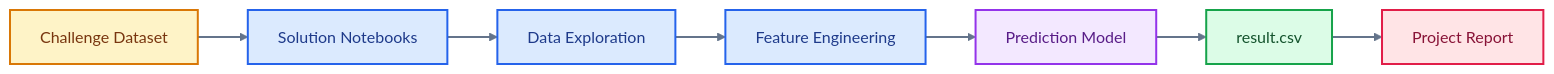
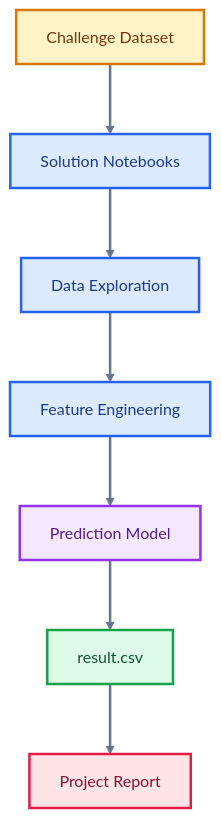
One commit to skx56/Innov8 changed the diagram in README.md. Above: the diagram before and after it, drawn with Mermaid.

Commit message:
Make README architecture diagram vertical

````diff
--- a/README.md
+++ b/README.md
@@ -30,21 +30,22 @@
 ```mermaid
-flowchart LR
+%%{init: {"flowchart": {"nodeSpacing": 55, "rankSpacing": 70, "curve": "basis"}, "themeVariables": {"fontSize": "16px", "fontFamily": "Inter, ui-sans-serif, system-ui, -apple-system, BlinkMacSystemFont, Segoe UI, sans-serif"}}}%%
+flowchart TD
   Data["Challenge Dataset"] --> Notebook["Solution Notebooks"]
   Notebook --> EDA["Data Exploration"]
   EDA --> Features["Feature Engineering"]
   Features --> Model["Prediction Model"]
   Model --> Results["result.csv"]
   Results --> Report["Project Report"]
 
-  classDef inputs fill:#FEF3C7,stroke:#D97706,color:#78350F,stroke-width:2px;
-  classDef process fill:#DBEAFE,stroke:#2563EB,color:#1E3A8A,stroke-width:2px;
-  classDef data fill:#DCFCE7,stroke:#16A34A,color:#14532D,stroke-width:2px;
-  classDef agent fill:#F3E8FF,stroke:#9333EA,color:#581C87,stroke-width:2px;
-  classDef output fill:#FFE4E6,stroke:#E11D48,color:#881337,stroke-width:2px;
+  classDef inputs fill:#FEF3C7,stroke:#D97706,color:#78350F,stroke-width:2.5px;
+  classDef process fill:#DBEAFE,stroke:#2563EB,color:#1E3A8A,stroke-width:2.5px;
+  classDef data fill:#DCFCE7,stroke:#16A34A,color:#14532D,stroke-width:2.5px;
+  classDef agent fill:#F3E8FF,stroke:#9333EA,color:#581C87,stroke-width:2.5px;
+  classDef output fill:#FFE4E6,stroke:#E11D48,color:#881337,stroke-width:2.5px;
   class Data inputs;
   class Notebook,EDA,Features process;
   class Results data;
   class Model agent;
   class Report output;
-  linkStyle default stroke:#64748B,stroke-width:2px;
+  linkStyle default stroke:#64748B,stroke-width:2.5px;
 ```
````
